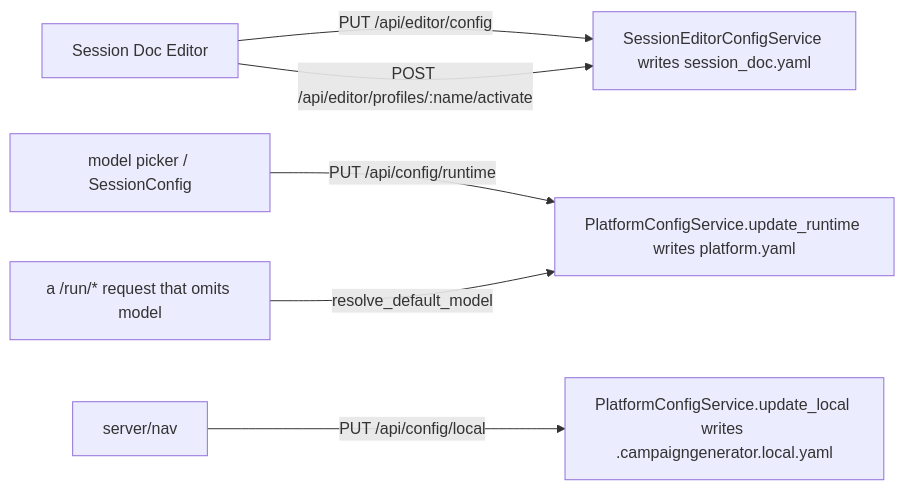
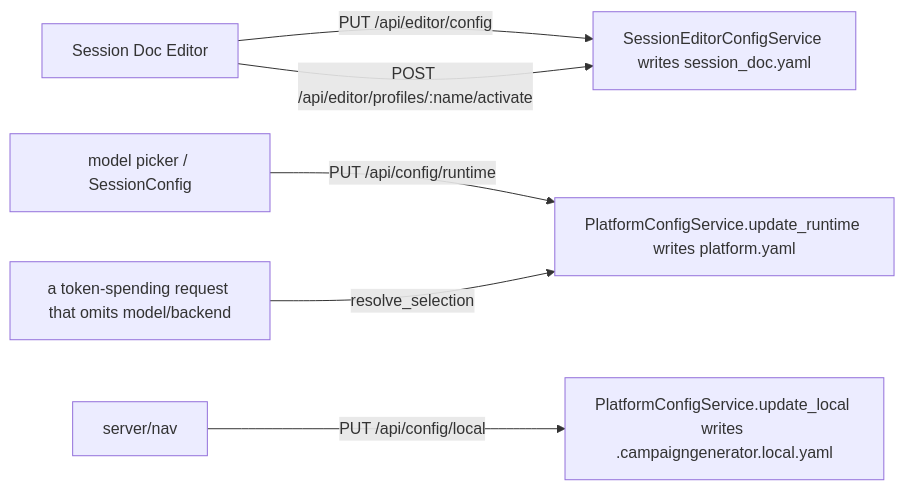
One commit to kostadis/CampaignGenerator changed the diagram in docs/config/values.md. Above: the diagram before and after it, drawn with Mermaid. The commit also changed other lines of this file and 11 other files, not shown here.

First line of the commit message:
feat(003): previews for all 8 services, docs, and retire resolve_default_model

````diff
--- a/docs/config/values.md
+++ b/docs/config/values.md
@@ -8,8 +8,8 @@
 ```mermaid
 flowchart LR
   Editor[Session Doc Editor] -->|PUT /api/editor/config| SES["SessionEditorConfigService writes session_doc.yaml"]
   Editor -->|POST /api/editor/profiles/:name/activate| SES
   Picker["model picker / SessionConfig"] -->|PUT /api/config/runtime| RT["PlatformConfigService.update_runtime writes platform.yaml"]
   LocalUI["server/nav"] -->|PUT /api/config/local| LOC["PlatformConfigService.update_local writes .campaigngenerator.local.yaml"]
-  RunReq["a /run/* request that omits model"] -->|resolve_default_model| RT
+  RunReq["a token-spending request that omits model/backend"] -->|resolve_selection| RT
 ```
````
